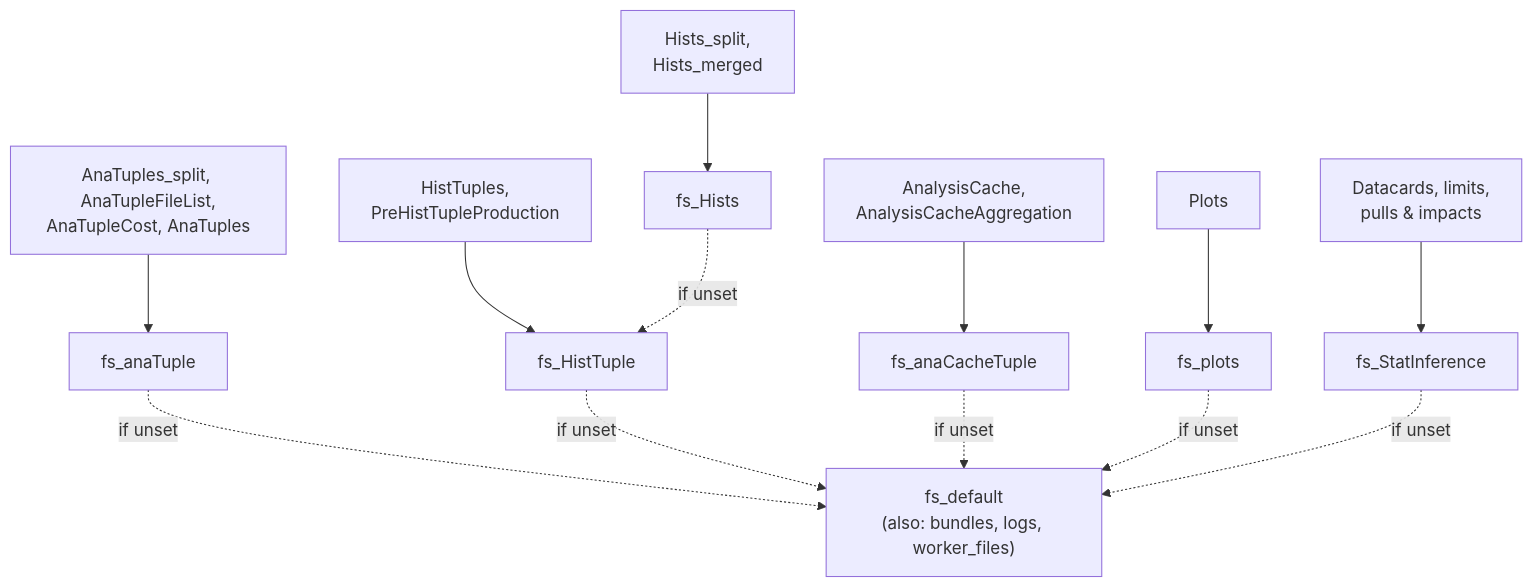
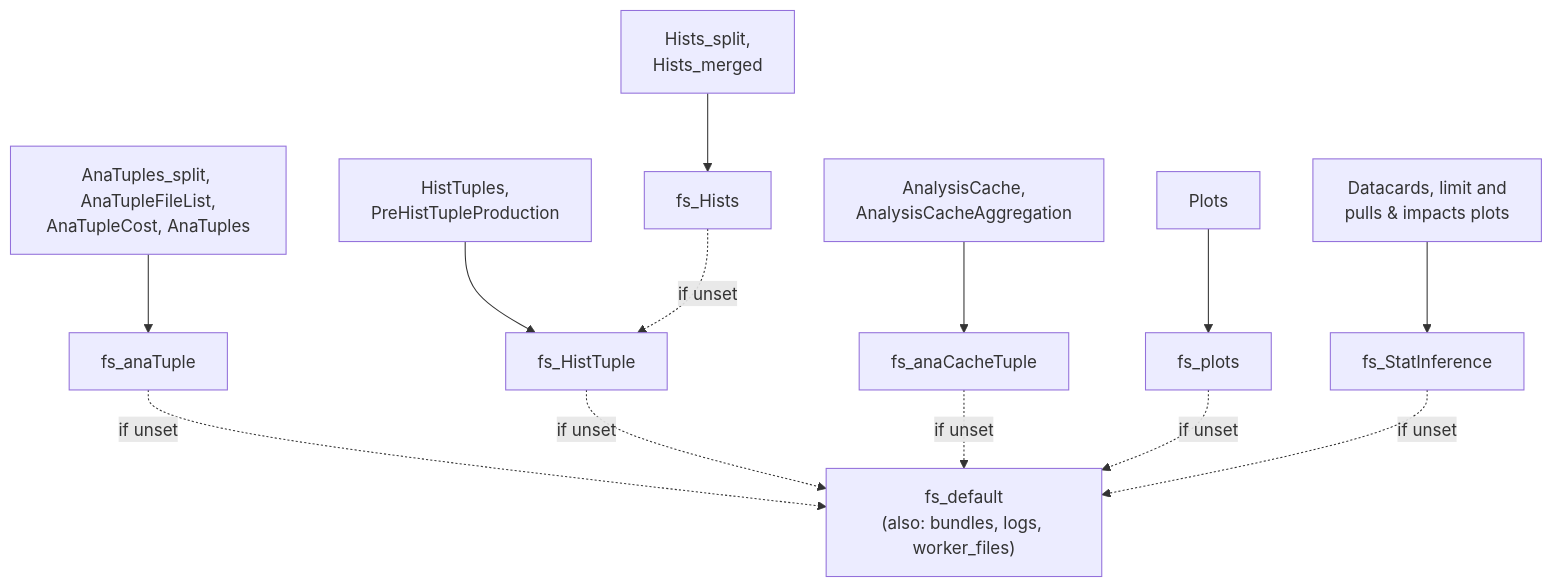
The first of 2 diagrams in docs/concepts/storage.md (cms-flaf/FLAF), drawn with Mermaid before and after one commit. The commit also changed other lines of this file and 7 other files, not shown here.

Commit message:
Storage keys: docs exact about what fs_StatInference holds, remote-store test

````diff
--- a/docs/concepts/storage.md
+++ b/docs/concepts/storage.md
@@ -28,15 +28,15 @@
 ```mermaid
 flowchart TD
     AP["AnaTuples_split, AnaTupleFileList,<br/>AnaTupleCost, AnaTuples"] --> FA["fs_anaTuple"]
     HT["HistTuples,<br/>PreHistTupleProduction"] --> FH["fs_HistTuple"]
     HS["Hists_split,<br/>Hists_merged"] --> FHS["fs_Hists"]
     AC["AnalysisCache,<br/>AnalysisCacheAggregation"] --> FC["fs_anaCacheTuple"]
     PL["Plots"] --> FP["fs_plots"]
-    SI["Datacards, limits,<br/>pulls & impacts"] --> FS["fs_StatInference"]
+    SI["Datacards, limit and<br/>pulls & impacts plots"] --> FS["fs_StatInference"]
     FA -.->|if unset| FD["fs_default<br/>(also: bundles, logs, worker_files)"]
     FHS -.->|if unset| FH
     FH -.->|if unset| FD
     FC -.->|if unset| FD
     FP -.->|if unset| FD
     FS -.->|if unset| FD
 ```
````
